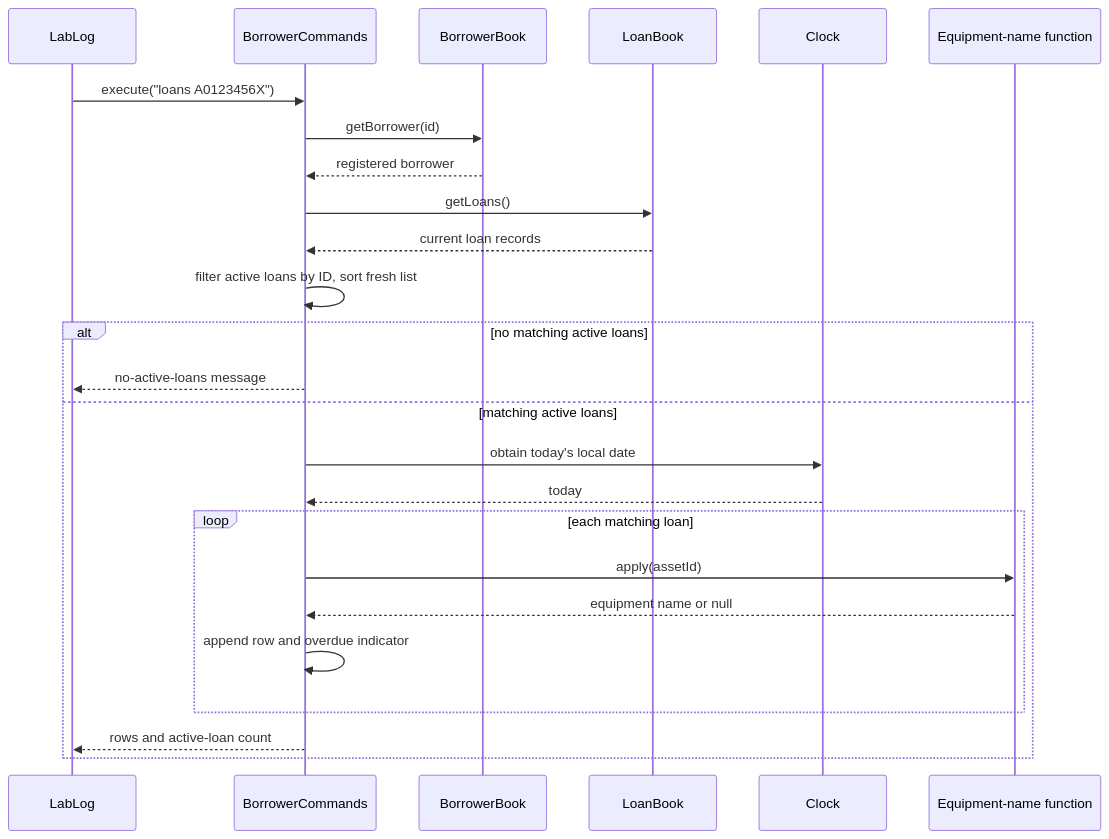
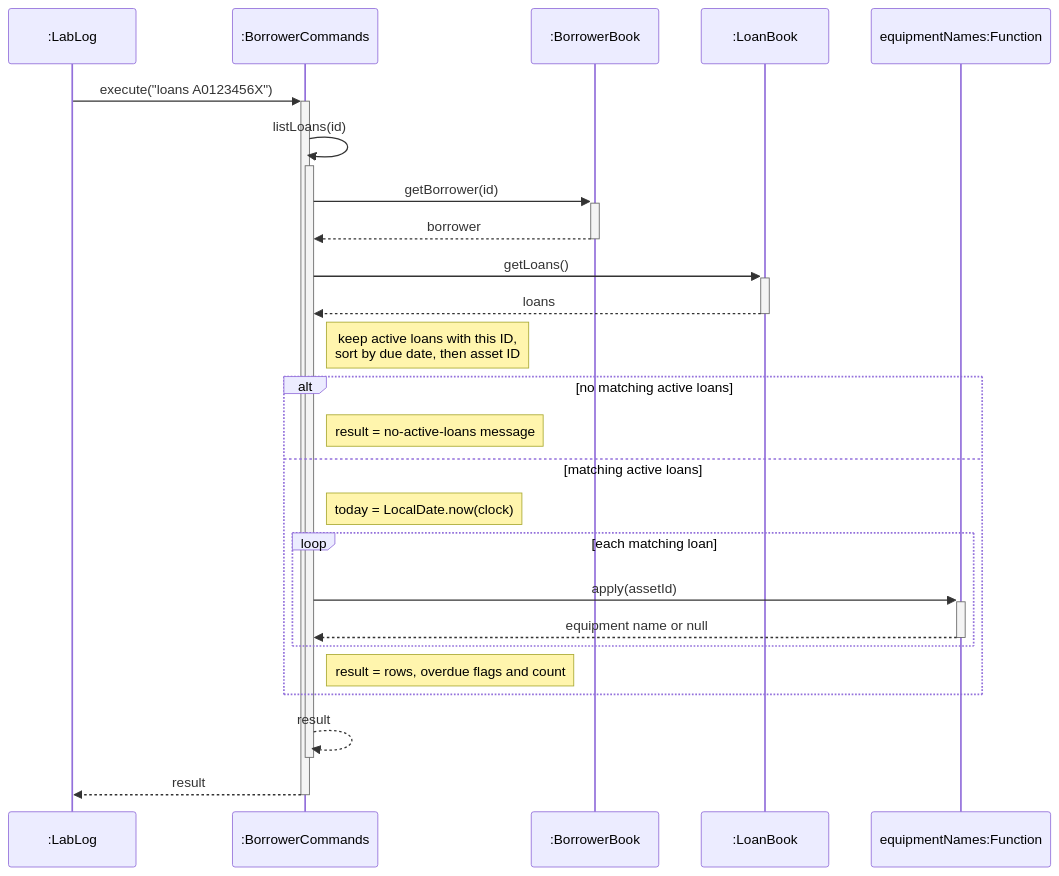
One commit to AY2627S1-CS2113-W13-3/tp changed the fourth of 12 diagrams in docs/DeveloperGuide.md. Above: the diagram before and after it, drawn with Mermaid. The commit also changed other lines of this file and 6 other files, not shown here.

First line of the commit message:
docs: Fix UML diagrams and add DG overview

````diff
--- a/docs/DeveloperGuide.md
+++ b/docs/DeveloperGuide.md
@@ -195,27 +326,27 @@
 ```mermaid
 sequenceDiagram
-    participant CLI as LabLog
-    participant Commands as BorrowerCommands
-    participant Borrowers as BorrowerBook
-    participant Loans as LoanBook
-    participant Time as Clock
-    participant Names as Equipment-name function
-    CLI->>Commands: execute("loans A0123456X")
-    Commands->>Borrowers: getBorrower(id)
-    Borrowers-->>Commands: registered borrower
-    Commands->>Loans: getLoans()
-    Loans-->>Commands: current loan records
-    Commands->>Commands: filter active loans by ID, sort fresh list
+    participant CLI as :LabLog
+    participant Commands as :BorrowerCommands
+    participant Borrowers as :BorrowerBook
+    participant Loans as :LoanBook
+    participant Names as equipmentNames:Function
+    CLI->>+Commands: execute("loans A0123456X")
+    Commands->>+Commands: listLoans(id)
+    Commands->>+Borrowers: getBorrower(id)
+    Borrowers-->>-Commands: borrower
+    Commands->>+Loans: getLoans()
+    Loans-->>-Commands: loans
+    Note right of Commands: keep active loans with this ID,<br/>sort by due date, then asset ID
     alt no matching active loans
-        Commands-->>CLI: no-active-loans message
+        Note right of Commands: result = no-active-loans message
     else matching active loans
-        Commands->>Time: obtain today's local date
-        Time-->>Commands: today
+        Note right of Commands: today = LocalDate.now(clock)
         loop each matching loan
-            Commands->>Names: apply(assetId)
-            Names-->>Commands: equipment name or null
-            Commands->>Commands: append row and overdue indicator
+            Commands->>+Names: apply(assetId)
+            Names-->>-Commands: equipment name or null
         end
-        Commands-->>CLI: rows and active-loan count
+        Note right of Commands: result = rows, overdue flags and count
     end
+    Commands-->>-Commands: result
+    Commands-->>-CLI: result
 ```
````
